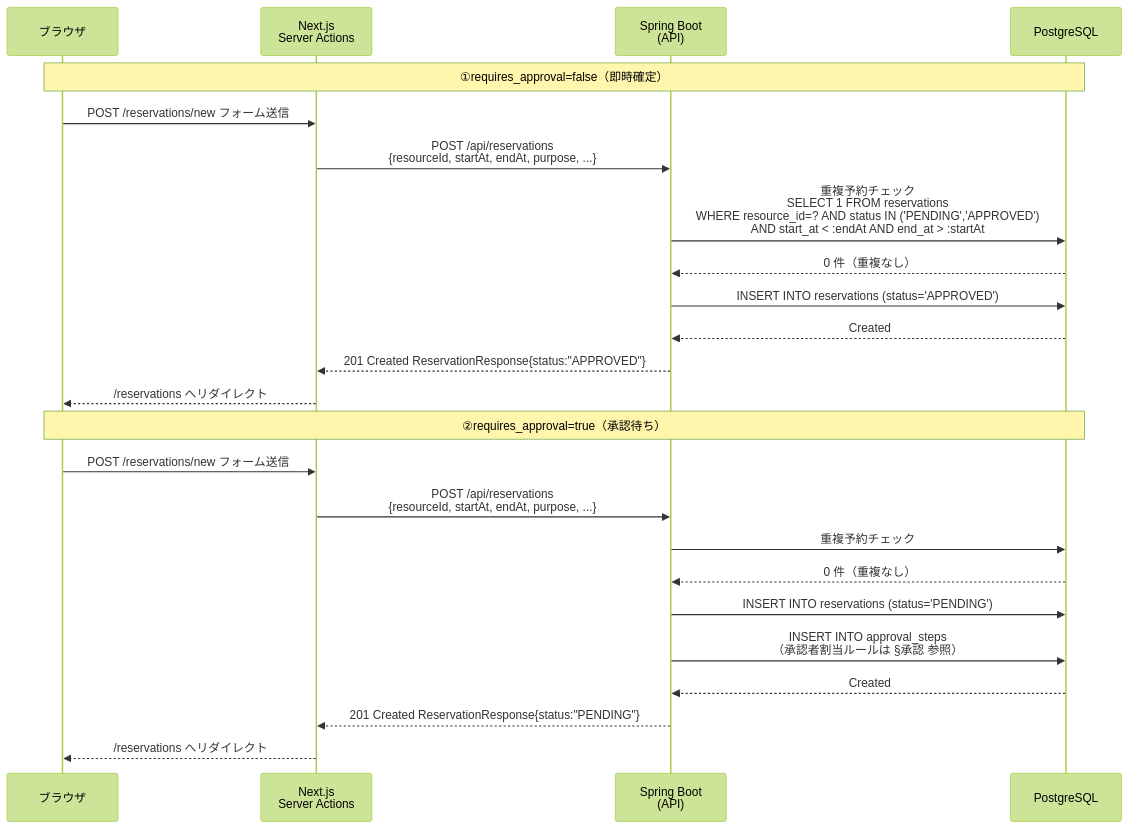
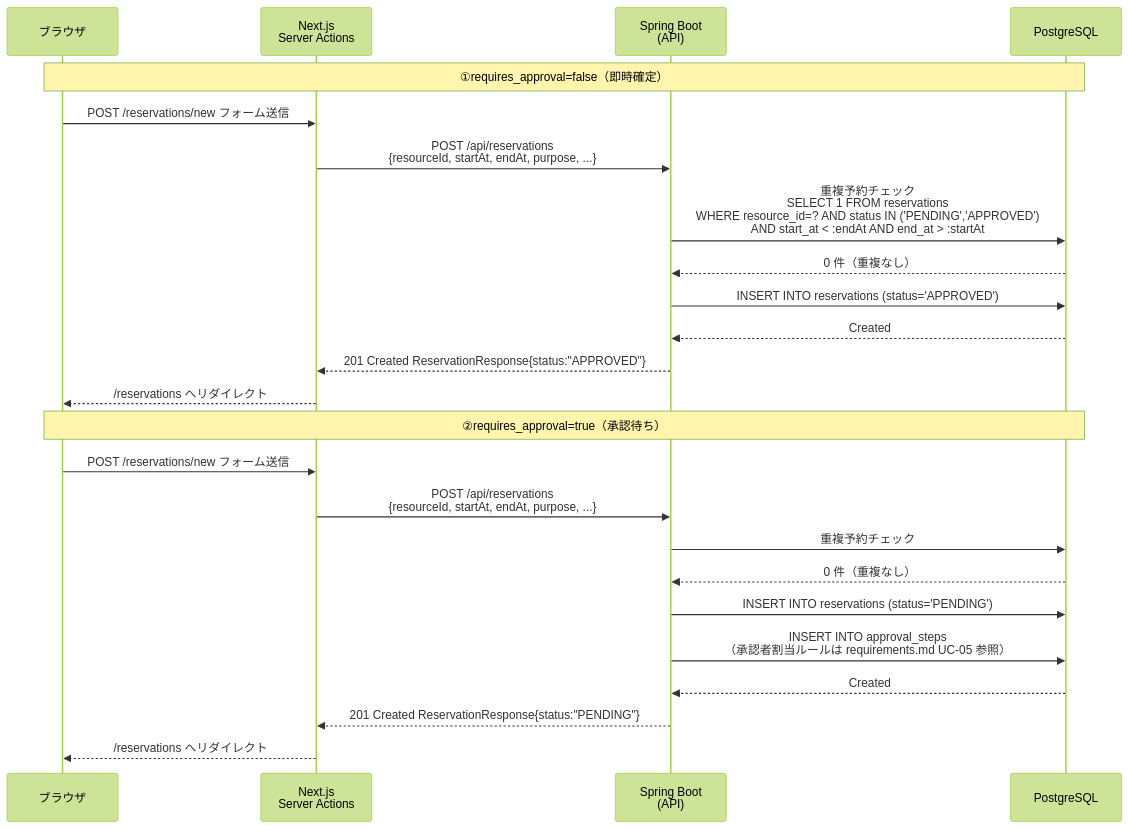
One commit to CHS-Training-Org/ai_training_for_chuo_system changed the third of 5 diagrams in Docs/spec/api-spec.md. Above: the diagram before and after it, drawn with Mermaid (forest theme). The commit also changed other lines of this file and 45 other files, not shown here.

````diff
--- a/Docs/spec/api-spec.md
+++ b/Docs/spec/api-spec.md
@@ -629,28 +702,28 @@
 ```mermaid
 sequenceDiagram
     participant Browser as ブラウザ
     participant Next as Next.js<br/>Server Actions
     participant Spring as Spring Boot<br/>(API)
     participant DB as PostgreSQL
 
     Note over Browser,DB: ①requires_approval=false（即時確定）
     Browser->>Next: POST /reservations/new フォーム送信
     Next->>Spring: POST /api/reservations<br/>{resourceId, startAt, endAt, purpose, ...}
     Spring->>DB: 重複予約チェック<br/>SELECT 1 FROM reservations<br/>WHERE resource_id=? AND status IN ('PENDING','APPROVED')<br/>AND start_at < :endAt AND end_at > :startAt
     DB-->>Spring: 0 件（重複なし）
     Spring->>DB: INSERT INTO reservations (status='APPROVED')
     DB-->>Spring: Created
     Spring-->>Next: 201 Created ReservationResponse{status:"APPROVED"}
     Next-->>Browser: /reservations へリダイレクト
 
     Note over Browser,DB: ②requires_approval=true（承認待ち）
     Browser->>Next: POST /reservations/new フォーム送信
     Next->>Spring: POST /api/reservations<br/>{resourceId, startAt, endAt, purpose, ...}
     Spring->>DB: 重複予約チェック
     DB-->>Spring: 0 件（重複なし）
     Spring->>DB: INSERT INTO reservations (status='PENDING')
-    Spring->>DB: INSERT INTO approval_steps<br/>（承認者割当ルールは §承認 参照）
+    Spring->>DB: INSERT INTO approval_steps<br/>（承認者割当ルールは requirements.md UC-05 参照）
     DB-->>Spring: Created
     Spring-->>Next: 201 Created ReservationResponse{status:"PENDING"}
     Next-->>Browser: /reservations へリダイレクト
 ```
````
